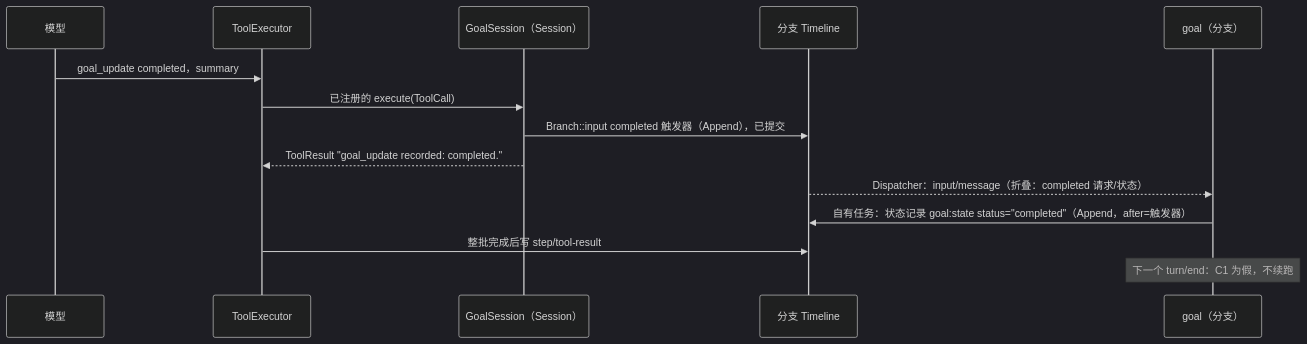
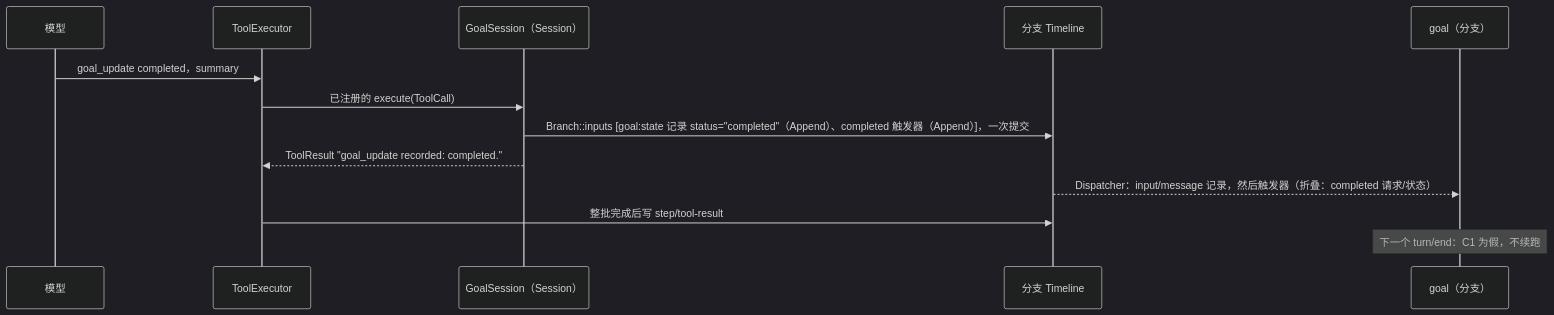
Before and after one commit to CoutinhoTTS/dim-agent: the fourth of 7 diagrams in docs/zh/design/plugins/Goal.md, drawn with Mermaid (dark theme). The commit also changed other lines of this file and 16 other files, not shown here.

````diff
--- a/docs/zh/design/plugins/Goal.md
+++ b/docs/zh/design/plugins/Goal.md
@@ -144,16 +143,15 @@
 ```mermaid
 sequenceDiagram
   participant Model as 模型
   participant TE as ToolExecutor
   participant GS as GoalSession（Session）
   participant TL as 分支 Timeline
   participant G as goal（分支）
   Model->>TE: goal_update completed，summary
   TE->>GS: 已注册的 execute(ToolCall)
-  GS->>TL: Branch::input completed 触发器（Append），已提交
+  GS->>TL: Branch::inputs [goal:state 记录 status="completed"（Append）、completed 触发器（Append）]，一次提交
   GS-->>TE: ToolResult "goal_update recorded: completed."
-  TL-->>G: Dispatcher：input/message（折叠：completed 请求/状态）
-  G->>TL: 自有任务：状态记录 goal:state status="completed"（Append，after=触发器）
+  TL-->>G: Dispatcher：input/message 记录，然后触发器（折叠：completed 请求/状态）
   TE->>TL: 整批完成后写 step/tool-result
   Note over G: 下一个 turn/end：C1 为假，不续跑
 ```
````
